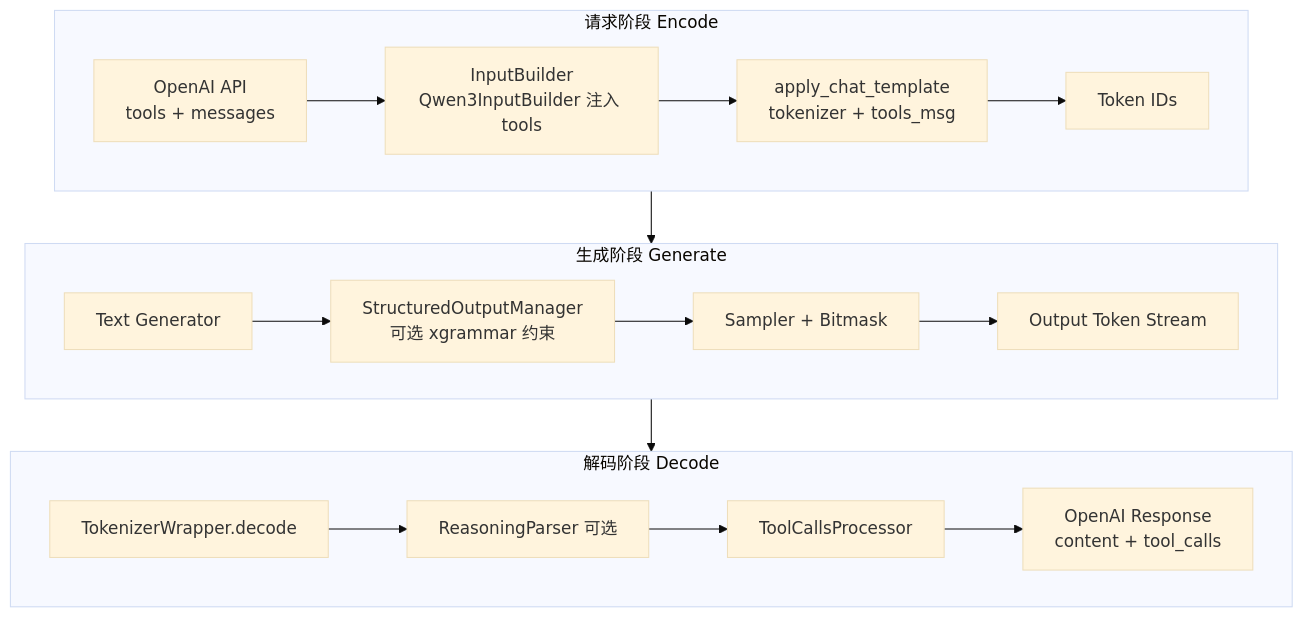
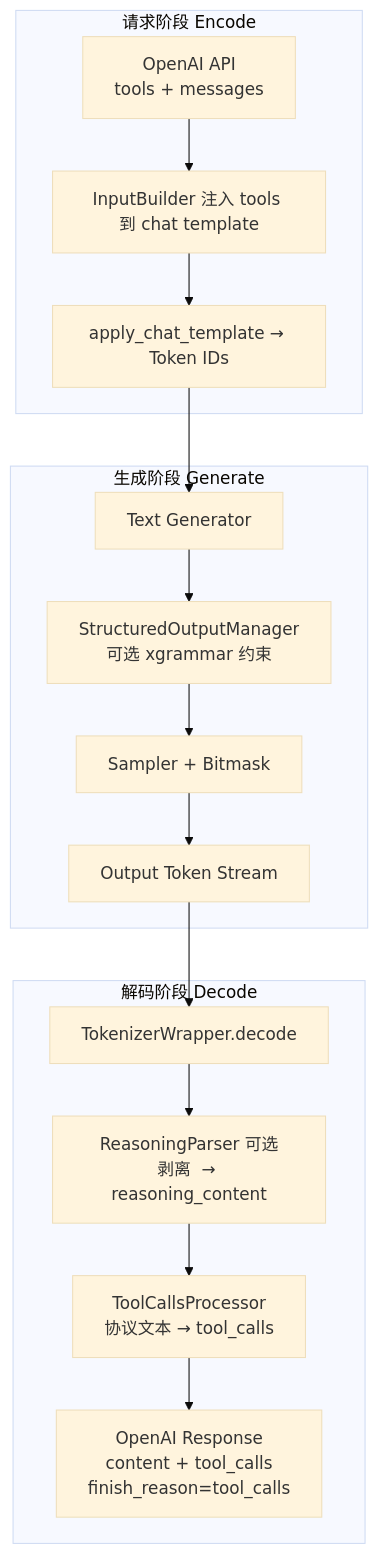
Before and after one commit to Lyr-GW/interview-docs: the second of 2 diagrams in docs/topics/function-call-structured-output.md, drawn with Mermaid (base theme). The commit also changed other lines of this file and 10 other files, not shown here.

````diff
--- a/docs/topics/function-call-structured-output.md
+++ b/docs/topics/function-call-structured-output.md
@@ -28,25 +37,25 @@
 ```mermaid
-flowchart TB
+flowchart TD
     subgraph Encode[请求阶段 Encode]
-        E1[OpenAI API<br/>tools + messages]
-        E2[InputBuilder<br/>Qwen3InputBuilder 注入 tools]
-        E3[apply_chat_template<br/>tokenizer + tools_msg]
-        E4[Token IDs]
-        E1 --> E2 --> E3 --> E4
+        A1[OpenAI API<br/>tools + messages]
+        A2[InputBuilder 注入 tools 到 chat template]
+        A3[apply_chat_template → Token IDs]
+        A1 --> A2 --> A3
     end
     subgraph Generate[生成阶段 Generate]
-        G1[Text Generator]
-        G2[StructuredOutputManager<br/>可选 xgrammar 约束]
-        G3[Sampler + Bitmask]
-        G4[Output Token Stream]
-        G1 --> G2 --> G3 --> G4
+        B1[Text Generator]
+        B2[StructuredOutputManager<br/>可选 xgrammar 约束]
+        B3[Sampler + Bitmask]
+        B4[Output Token Stream]
+        B1 --> B2 --> B3 --> B4
     end
     subgraph Decode[解码阶段 Decode]
-        D1[TokenizerWrapper.decode]
-        D2[ReasoningParser 可选]
-        D3[ToolCallsProcessor]
-        D4[OpenAI Response<br/>content + tool_calls]
-        D1 --> D2 --> D3 --> D4
+        C1[TokenizerWrapper.decode]
+        C2[ReasoningParser 可选<br/>剥离 <think> → reasoning_content]
+        C3[ToolCallsProcessor<br/>协议文本 → tool_calls]
+        C4[OpenAI Response<br/>content + tool_calls<br/>finish_reason=tool_calls]
+        C1 --> C2 --> C3 --> C4
     end
-    Encode --> Generate --> Decode
+    A3 --> B1
+    B4 --> C1
 ```
````
